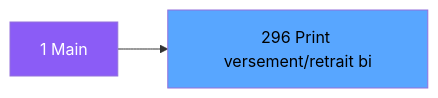
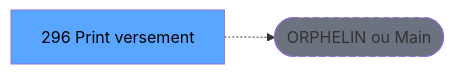
The second of 3 diagrams in .openspec/renders/ADH-IDE-296.md (thonyAGP/lecteur-magic), drawn with Mermaid before and after one commit. The commit also changed other lines of this file and 701 other files, not shown here.

````diff
--- a/.openspec/renders/ADH-IDE-296.md
+++ b/.openspec/renders/ADH-IDE-296.md
@@ -112,8 +118,8 @@
 ```mermaid
 graph LR
-    M[1 Main]
-    T[296 Print versement/retrait bi]
-    M --> T
-    style M fill:#8b5cf6,color:#fff
+    T[296 Print versement]
+    ORPHAN([ORPHELIN ou Main])
+    T -.-> ORPHAN
     style T fill:#58a6ff,color:#000
+    style ORPHAN fill:#6b7280,stroke-dasharray: 5 5
 ```
````
